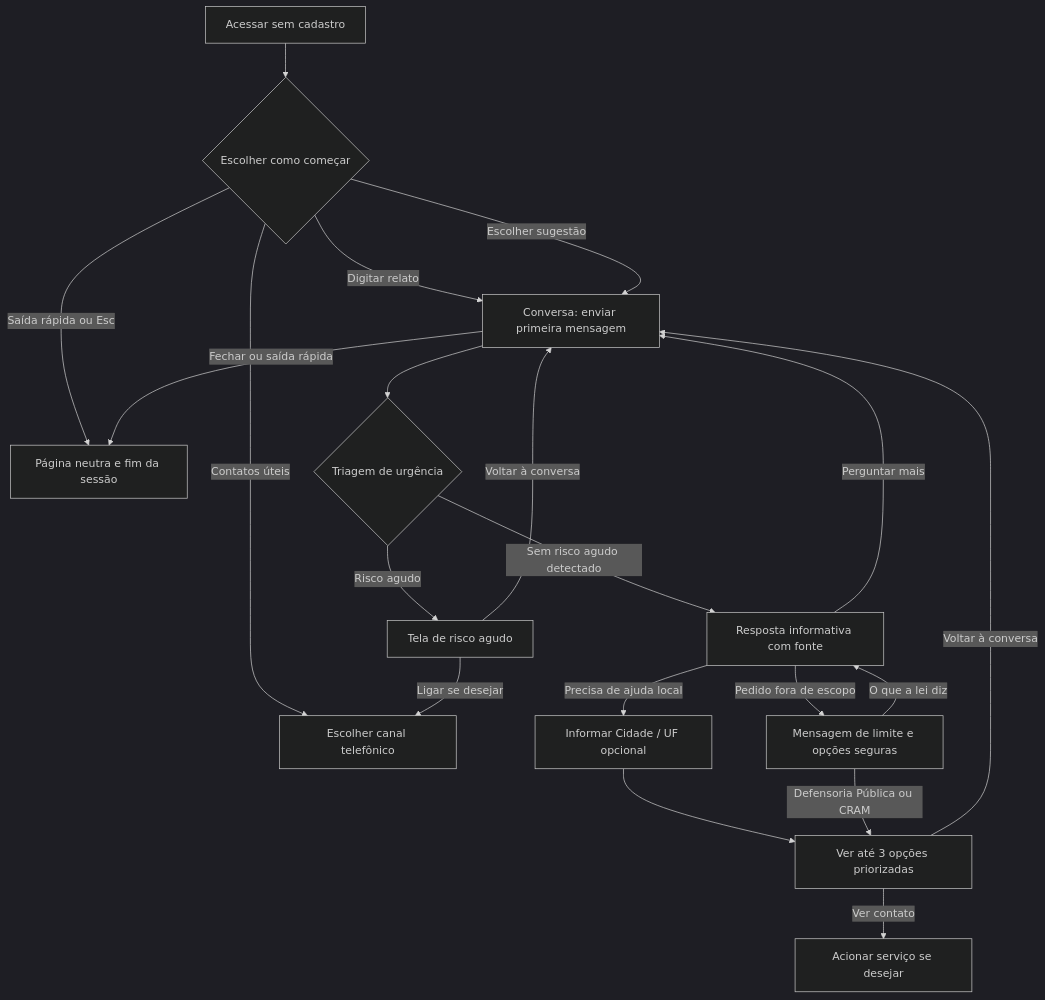
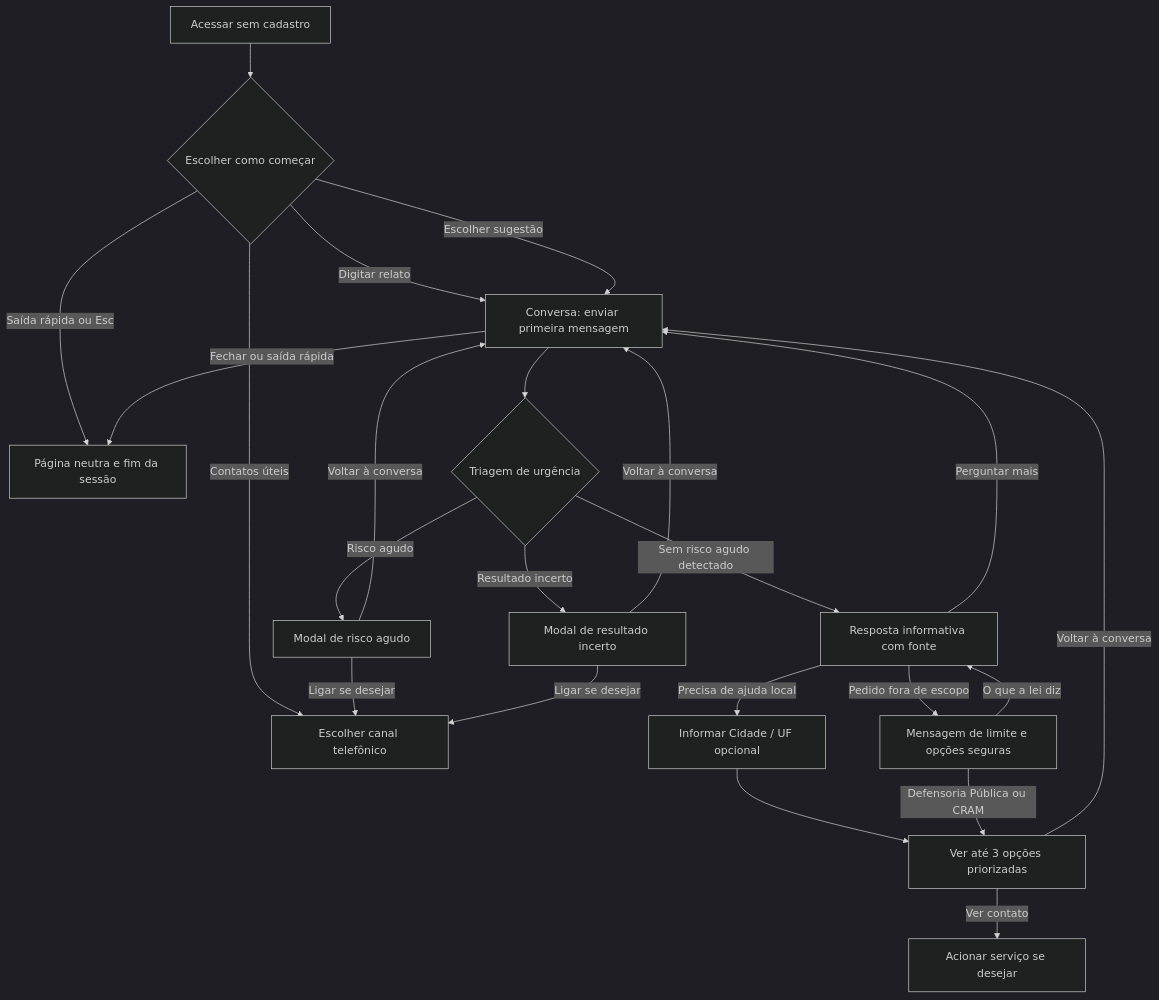
The diagram in docs/jornada-usuario/jornada-do-usuario.md (jeffgitwebapp/aurora), drawn with Mermaid (dark theme) before and after one commit. The commit also changed other lines of this file and 4 other files, not shown here.

````diff
--- a/docs/jornada-usuario/jornada-do-usuario.md
+++ b/docs/jornada-usuario/jornada-do-usuario.md
@@ -185,22 +189,25 @@
 ```mermaid
 flowchart TD
     A[Acessar sem cadastro] --> B{Escolher como começar}
     B -->|Digitar relato| C[Conversa: enviar primeira mensagem]
     B -->|Escolher sugestão| C
     B -->|Contatos úteis| E[Escolher canal telefônico]
     B -->|Saída rápida ou Esc| X[Página neutra e fim da sessão]
     C --> D{Triagem de urgência}
-    D -->|Risco agudo| R[Tela de risco agudo]
+    D -->|Risco agudo| R[Modal de risco agudo]
     R -->|Ligar se desejar| E
     R -->|Voltar à conversa| C
+    D -->|Resultado incerto| U[Modal de resultado incerto]
+    U -->|Ligar se desejar| E
+    U -->|Voltar à conversa| C
     D -->|Sem risco agudo detectado| I[Resposta informativa com fonte]
     I -->|Perguntar mais| C
     I -->|Precisa de ajuda local| L[Informar Cidade / UF opcional]
     L --> M[Ver até 3 opções priorizadas]
     M -->|Ver contato| N[Acionar serviço se desejar]
     M -->|Voltar à conversa| C
     I -->|Pedido fora de escopo| G[Mensagem de limite e opções seguras]
     G -->|O que a lei diz| I
     G -->|Defensoria Pública ou CRAM| M
     C -->|Fechar ou saída rápida| X
 ```
````
